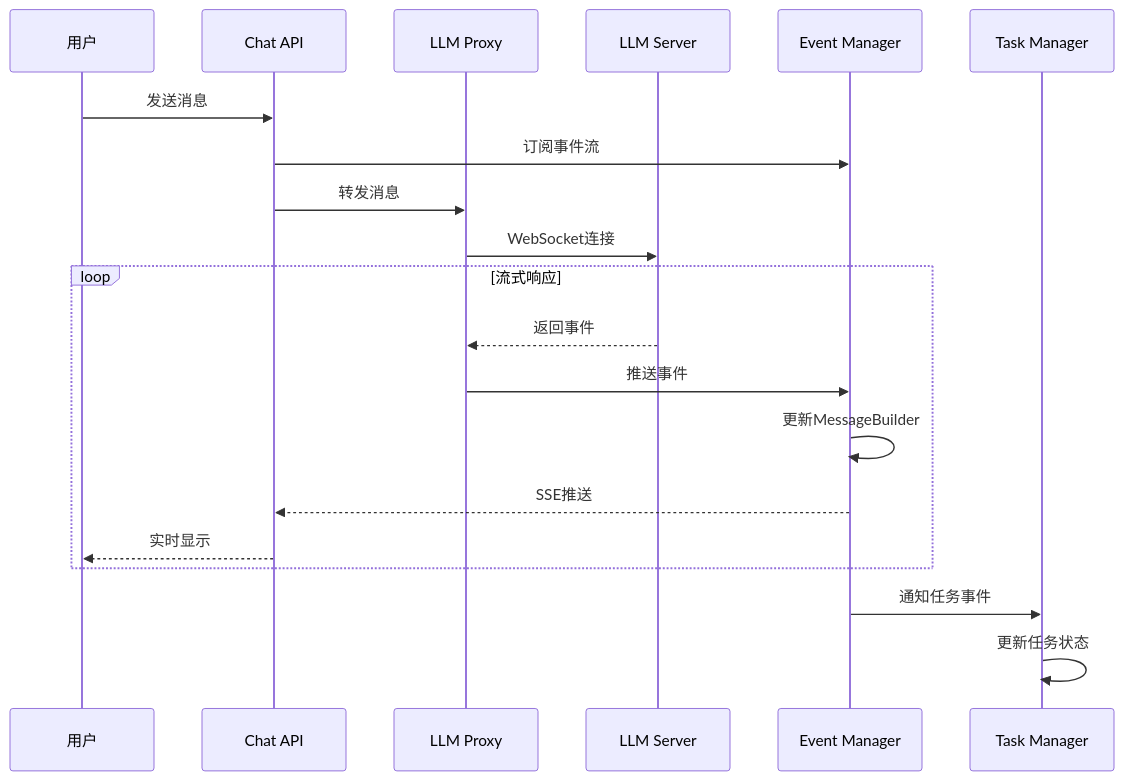
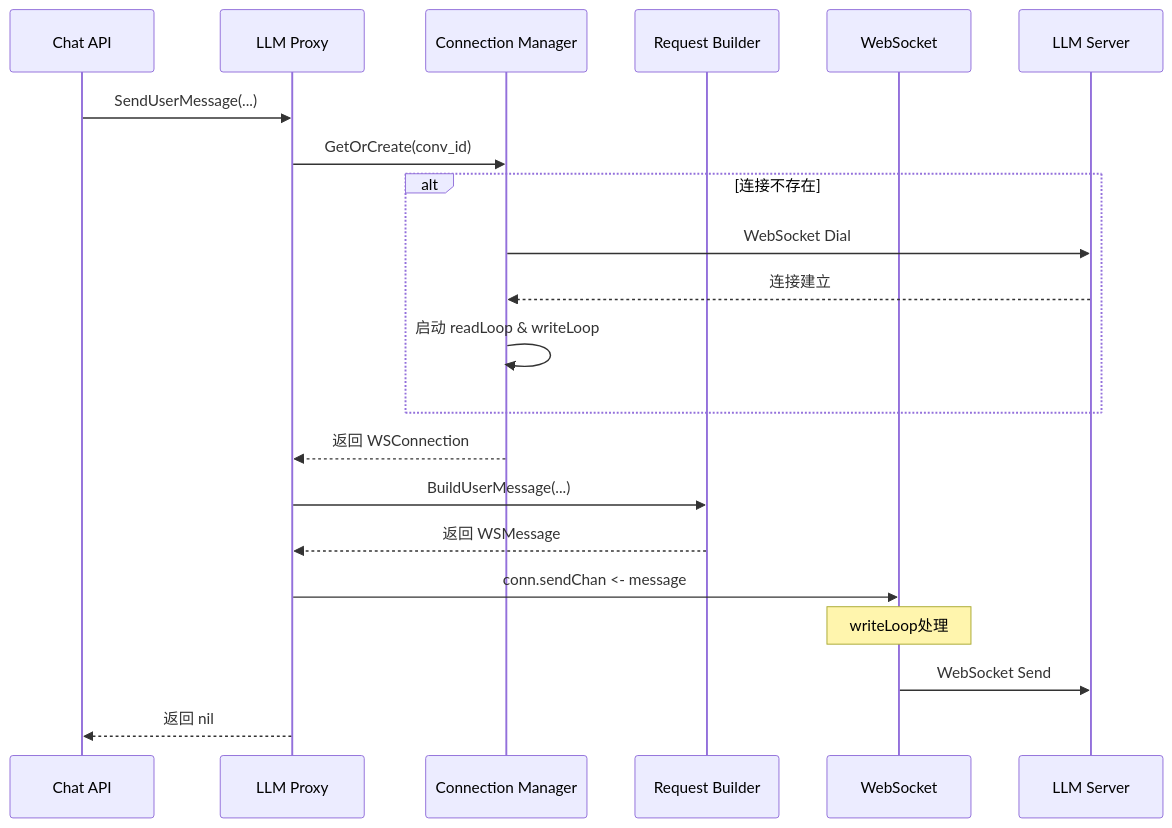
The diagram in all/未命名-10.md (yingjianzh/iodraw-files), drawn with Mermaid before and after one commit.

Commit message:
2025-12-26 10:26:06 update

````diff
--- a/all/未命名-10.md
+++ b/all/未命名-10.md
@@ -1,25 +1,30 @@
 ```mermaid
 sequenceDiagram
-    participant User as 用户
     participant API as Chat API
     participant Proxy as LLM Proxy
+    participant ConnMgr as Connection Manager
+    participant Builder as Request Builder
+    participant WS as WebSocket
     participant LLM as LLM Server
-    participant EM as Event Manager
-    participant TM as Task Manager
 
-    User->>API: 发送消息
-    API->>EM: 订阅事件流
-    API->>Proxy: 转发消息
-    Proxy->>LLM: WebSocket连接
+    API->>Proxy: SendUserMessage(...)
+    Proxy->>ConnMgr: GetOrCreate(conv_id)
     
-    loop 流式响应
-        LLM-->>Proxy: 返回事件
-        Proxy->>EM: 推送事件
-        EM->>EM: 更新MessageBuilder
-        EM-->>API: SSE推送
-        API-->>User: 实时显示
+    alt 连接不存在
+        ConnMgr->>LLM: WebSocket Dial
+        LLM-->>ConnMgr: 连接建立
+        ConnMgr->>ConnMgr: 启动 readLoop & writeLoop
     end
     
-    EM->>TM: 通知任务事件
-    TM->>TM: 更新任务状态
+    ConnMgr-->>Proxy: 返回 WSConnection
+    
+    Proxy->>Builder: BuildUserMessage(...)
+    Builder-->>Proxy: 返回 WSMessage
+    
+    Proxy->>WS: conn.sendChan <- message
+    
+    Note over WS: writeLoop处理
+    WS->>LLM: WebSocket Send
+    
+    Proxy-->>API: 返回 nil
 ```
````
